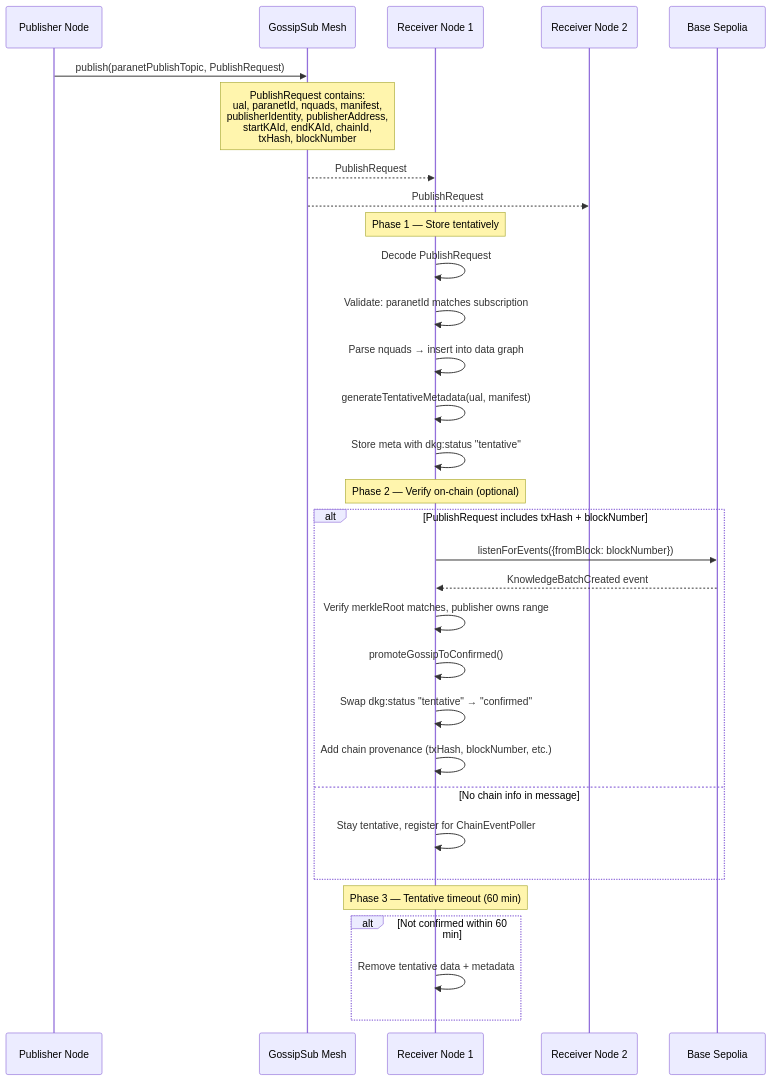
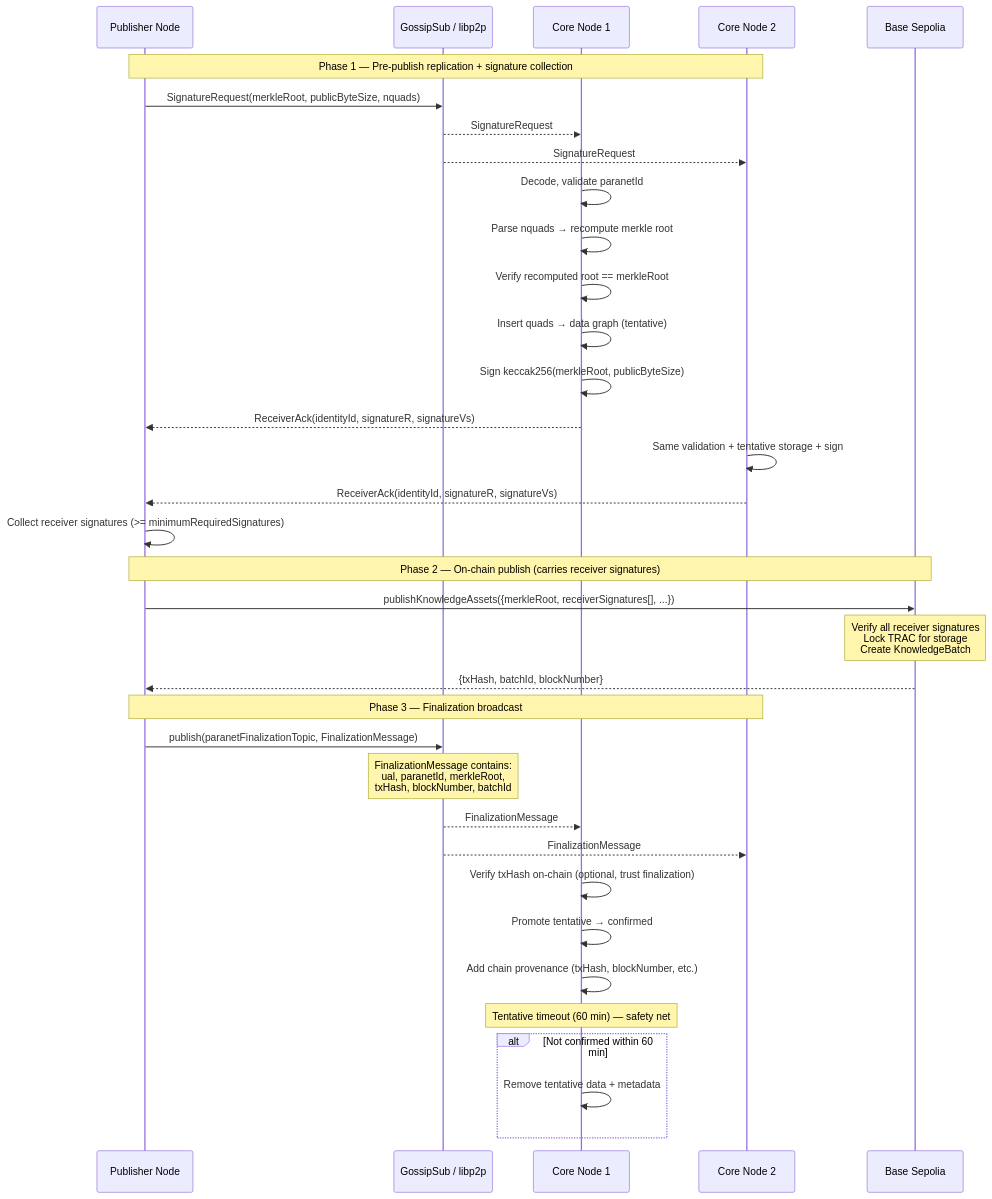
Before and after one commit to OriginTrail/dkg-v9: the third of 18 diagrams in docs/v9-protocol-operations.md, drawn with Mermaid. The commit also changed other lines of this file and 77 other files, not shown here.

First line of the commit message:
feat: implement replicate-then-publish protocol with two-layer signatures

````diff
--- a/docs/v9-protocol-operations.md
+++ b/docs/v9-protocol-operations.md
@@ -209,42 +236,51 @@
 ```mermaid
 sequenceDiagram
     participant Pub as Publisher Node
-    participant GS as GossipSub Mesh
-    participant R1 as Receiver Node 1
-    participant R2 as Receiver Node 2
+    participant GS as GossipSub / libp2p
+    participant R1 as Core Node 1
+    participant R2 as Core Node 2
     participant Chain as Base Sepolia
 
-    Pub->>GS: publish(paranetPublishTopic, PublishRequest)
+    Note over Pub,R2: Phase 1 — Pre-publish replication + signature collection
 
-    Note over GS: PublishRequest contains:<br/>ual, paranetId, nquads, manifest,<br/>publisherIdentity, publisherAddress,<br/>startKAId, endKAId, chainId,<br/>txHash, blockNumber
+    Pub->>GS: SignatureRequest(merkleRoot, publicByteSize, nquads)
 
-    GS-->>R1: PublishRequest
-    GS-->>R2: PublishRequest
+    GS-->>R1: SignatureRequest
+    GS-->>R2: SignatureRequest
 
-    Note over R1: Phase 1 — Store tentatively
+    R1->>R1: Decode, validate paranetId
+    R1->>R1: Parse nquads → recompute merkle root
+    R1->>R1: Verify recomputed root == merkleRoot
+    R1->>R1: Insert quads → data graph (tentative)
+    R1->>R1: Sign keccak256(merkleRoot, publicByteSize)
+    R1-->>Pub: ReceiverAck(identityId, signatureR, signatureVs)
 
-    R1->>R1: Decode PublishRequest
-    R1->>R1: Validate: paranetId matches subscription
-    R1->>R1: Parse nquads → insert into data graph
-    R1->>R1: generateTentativeMetadata(ual, manifest)
-    R1->>R1: Store meta with dkg:status "tentative"
+    R2->>R2: Same validation + tentative storage + sign
+    R2-->>Pub: ReceiverAck(identityId, signatureR, signatureVs)
 
-    Note over R1: Phase 2 — Verify on-chain (optional)
+    Pub->>Pub: Collect receiver signatures (>= minimumRequiredSignatures)
 
-    alt PublishRequest includes txHash + blockNumber
-        R1->>Chain: listenForEvents({fromBlock: blockNumber})
-        Chain-->>R1: KnowledgeBatchCreated event
-        R1->>R1: Verify merkleRoot matches, publisher owns range
-        R1->>R1: promoteGossipToConfirmed()
-        R1->>R1: Swap dkg:status "tentative" → "confirmed"
-        R1->>R1: Add chain provenance (txHash, blockNumber, etc.)
-    else No chain info in message
-        R1->>R1: Stay tentative, register for ChainEventPoller
-    end
+    Note over Pub,Chain: Phase 2 — On-chain publish (carries receiver signatures)
 
-    Note over R1: Phase 3 — Tentative timeout (60 min)
+    Pub->>Chain: publishKnowledgeAssets({merkleRoot, receiverSignatures[], ...})
+    Note over Chain: Verify all receiver signatures<br/>Lock TRAC for storage<br/>Create KnowledgeBatch
+    Chain-->>Pub: {txHash, batchId, blockNumber}
+
+    Note over Pub,R2: Phase 3 — Finalization broadcast
+
+    Pub->>GS: publish(paranetFinalizationTopic, FinalizationMessage)
+    Note over GS: FinalizationMessage contains:<br/>ual, paranetId, merkleRoot,<br/>txHash, blockNumber, batchId
+
+    GS-->>R1: FinalizationMessage
+    GS-->>R2: FinalizationMessage
+
+    R1->>R1: Verify txHash on-chain (optional, trust finalization)
+    R1->>R1: Promote tentative → confirmed
+    R1->>R1: Add chain provenance (txHash, blockNumber, etc.)
+
+    Note over R1: Tentative timeout (60 min) — safety net
 
     alt Not confirmed within 60 min
         R1->>R1: Remove tentative data + metadata
     end
 ```
````
